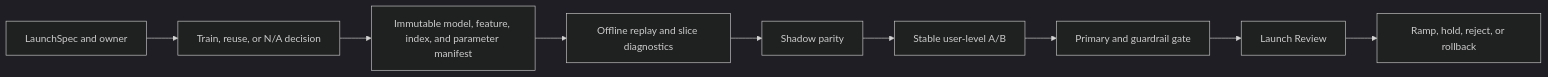
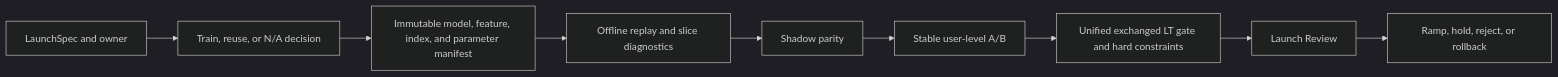
One commit to kleon1024/recsys-fid-system changed the diagram in docs/operations/launch-protocol.md. Above: the diagram before and after it, drawn with Mermaid (dark theme). The commit also changed other lines of this file and 23 other files, not shown here.

Commit message:
Gate launches on unified exchanged LT

````diff
--- a/docs/operations/launch-protocol.md
+++ b/docs/operations/launch-protocol.md
@@ -7,11 +7,11 @@
 ```mermaid
 flowchart LR
     S["LaunchSpec and owner"] --> T["Train, reuse, or N/A decision"]
     T --> M["Immutable model, feature, index, and parameter manifest"]
     M --> R["Offline replay and slice diagnostics"]
     R --> H["Shadow parity"]
     H --> A["Stable user-level A/B"]
-    A --> G["Primary and guardrail gate"]
+    A --> G["Unified exchanged LT gate and hard constraints"]
     G --> L["Launch Review"]
     L --> P["Ramp, hold, reject, or rollback"]
 ```
````
